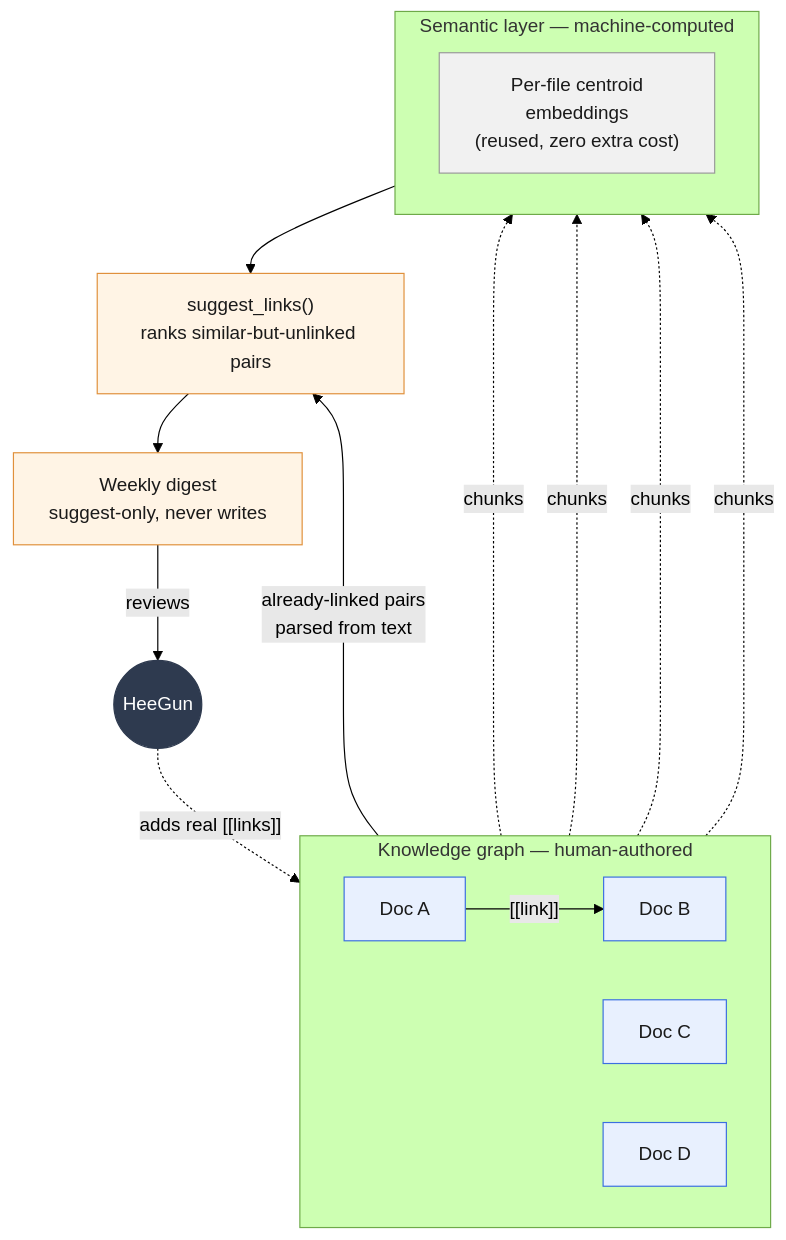
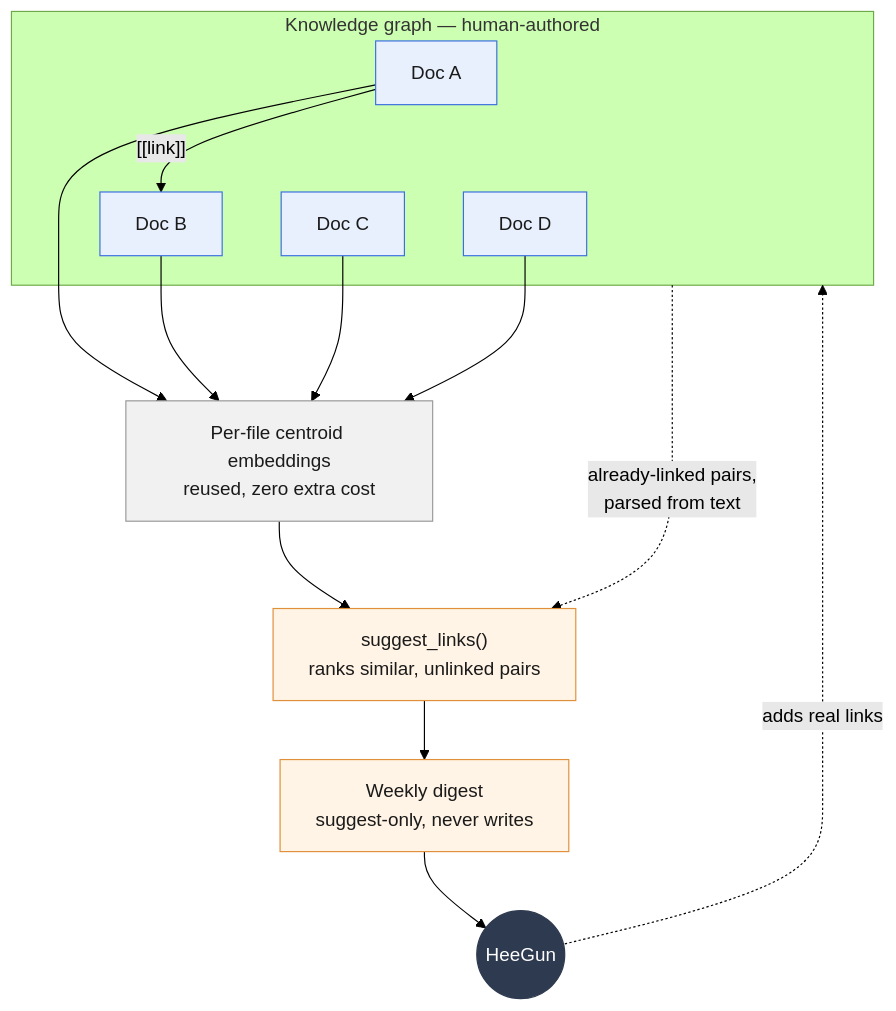
One commit to heeguneom/gtm-engineering-portfolio changed the second of 2 diagrams in semantic-search-mcp/README.md. Above: the diagram before and after it, drawn with Mermaid (forest theme). The commit also changed other lines of this file, not shown here.

Commit message:
Simplify knowledge-graph diagram to fix cramped/overlapping rendering

````diff
--- a/semantic-search-mcp/README.md
+++ b/semantic-search-mcp/README.md
@@ -66,30 +66,24 @@
 ```mermaid
 flowchart TD
     subgraph Graph["Knowledge graph — human-authored"]
-        direction LR
-        D1["Doc A"]:::doc -->|"[[link]]"| D2["Doc B"]:::doc
-        D3["Doc C"]:::doc
-        D4["Doc D"]:::doc
+        A["Doc A"]:::doc -->|"[[link]]"| B["Doc B"]:::doc
+        C["Doc C"]:::doc
+        D["Doc D"]:::doc
     end
 
-    subgraph Semantic["Semantic layer — machine-computed"]
-        direction LR
-        EMB["Per-file centroid<br/>embeddings<br/>(reused, zero extra cost)"]:::emb
-    end
+    A --> EMB["Per-file centroid embeddings<br/>reused, zero extra cost"]:::emb
+    B --> EMB
+    C --> EMB
+    D --> EMB
 
-    D1 -.->|chunks| EMB
-    D2 -.->|chunks| EMB
-    D3 -.->|chunks| EMB
-    D4 -.->|chunks| EMB
-
-    EMB --> SL["suggest_links()<br/>ranks similar-but-unlinked pairs"]:::tool
-    Graph -->|"already-linked pairs<br/>parsed from text"| SL
+    Graph -.->|"already-linked pairs,<br/>parsed from text"| SL
+    EMB --> SL["suggest_links()<br/>ranks similar, unlinked pairs"]:::tool
     SL --> DIG["Weekly digest<br/>suggest-only, never writes"]:::tool
-    DIG -->|reviews| HUM(("HeeGun")):::human
-    HUM -.->|"adds real [[links]]"| Graph
+    DIG --> HUM(("HeeGun")):::human
+    HUM -.->|"adds real links"| Graph
 
     classDef doc fill:#E8F0FE,stroke:#3B6FE0,color:#1A1A1A;
     classDef emb fill:#F1F1F1,stroke:#999999,color:#1A1A1A;
     classDef tool fill:#FFF4E5,stroke:#E0903B,color:#1A1A1A;
     classDef human fill:#2E3A4F,stroke:#2E3A4F,color:#ffffff;
 ```
````
